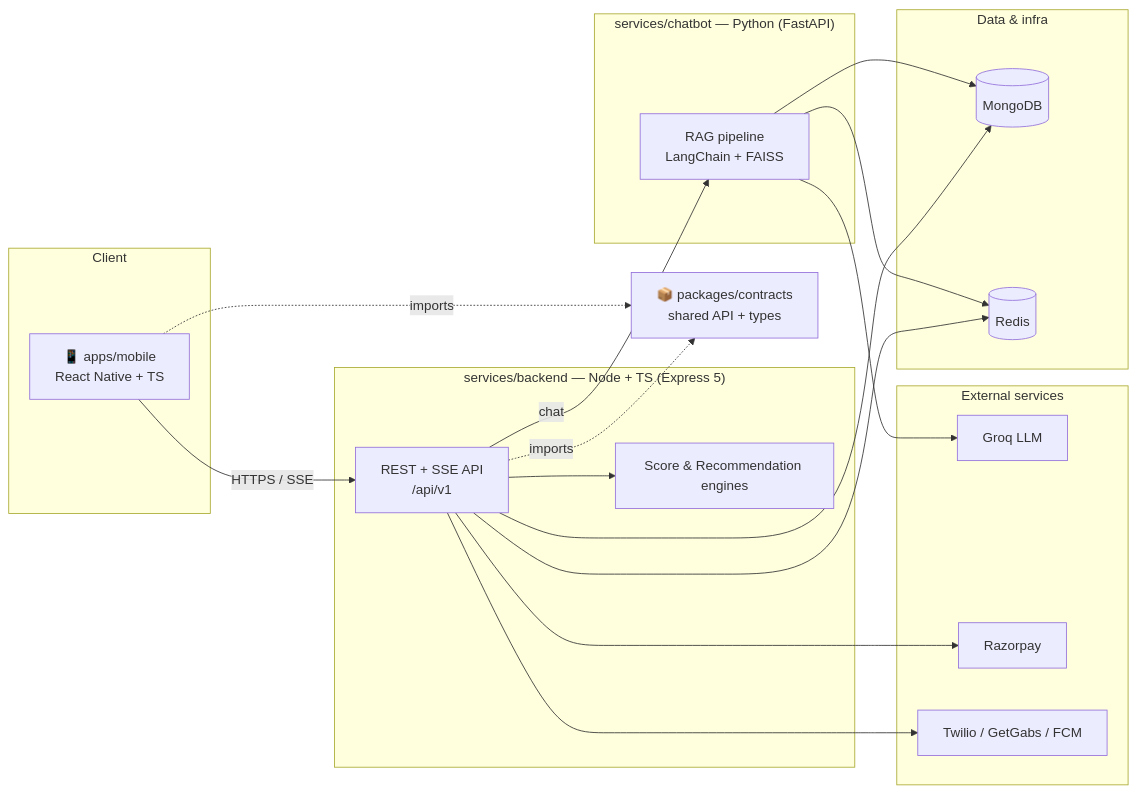
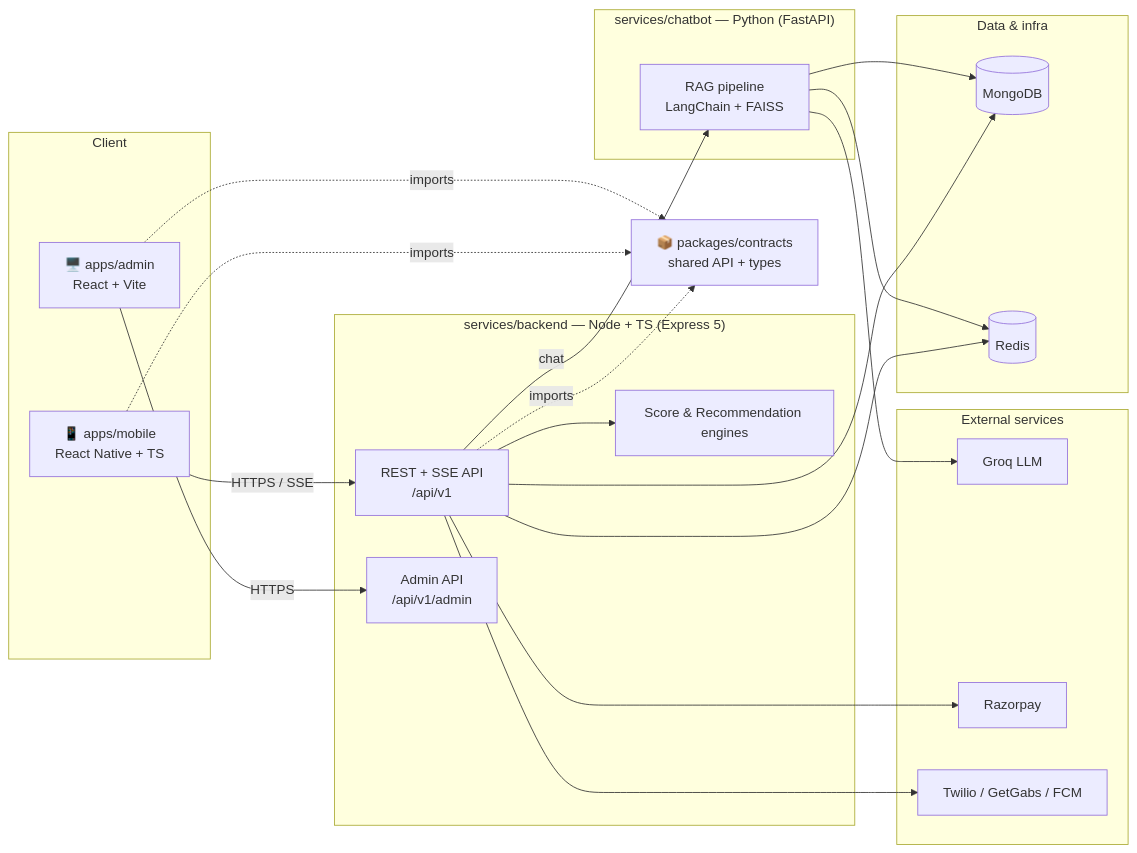
Before and after one commit to VivaNari/viva-mama-hq: the diagram in README.md, drawn with Mermaid. The commit also changed other lines of this file and 847 other files, not shown here.

````diff
--- a/README.md
+++ b/README.md
@@ -27,41 +27,45 @@
 ```mermaid
 flowchart LR
   subgraph Client
     M["📱 apps/mobile<br/>React Native + TS"]
+    A["🖥️ apps/admin<br/>React + Vite"]
   end
 
   subgraph Backend["services/backend — Node + TS (Express 5)"]
     API["REST + SSE API<br/>/api/v1"]
+    ADMIN["Admin API<br/>/api/v1/admin"]
     SCORE["Score &amp; Recommendation engines"]
   end
 
   subgraph Chatbot["services/chatbot — Python (FastAPI)"]
     RAG["RAG pipeline<br/>LangChain + FAISS"]
   end
 
   subgraph Data["Data &amp; infra"]
     MDB[("MongoDB")]
     RDS[("Redis")]
   end
 
   subgraph External["External services"]
     GROQ["Groq LLM"]
     PAY["Razorpay"]
     MSG["Twilio / GetGabs / FCM"]
   end
 
   SHARED["📦 packages/contracts<br/>shared API + types"]
 
   M -- "HTTPS / SSE" --> API
+  A -- "HTTPS" --> ADMIN
   M -. "imports" .-> SHARED
+  A -. "imports" .-> SHARED
   API -. "imports" .-> SHARED
   API --> SCORE
   API --> MDB
   API --> RDS
   API -- "chat" --> RAG
   API --> PAY
   API --> MSG
   RAG --> GROQ
   RAG --> MDB
   RAG --> RDS
 ```
````
